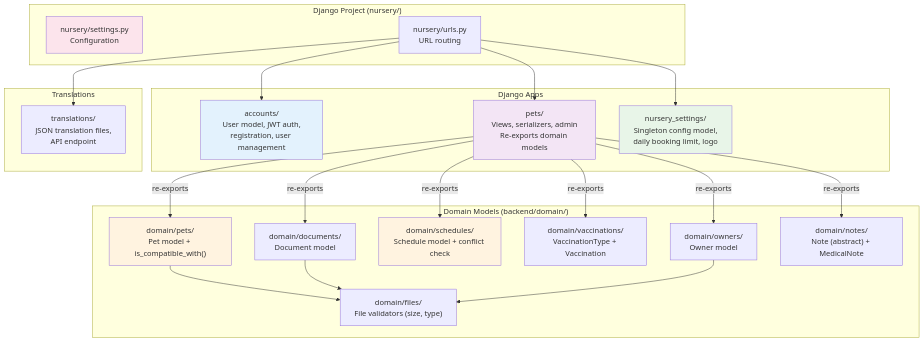
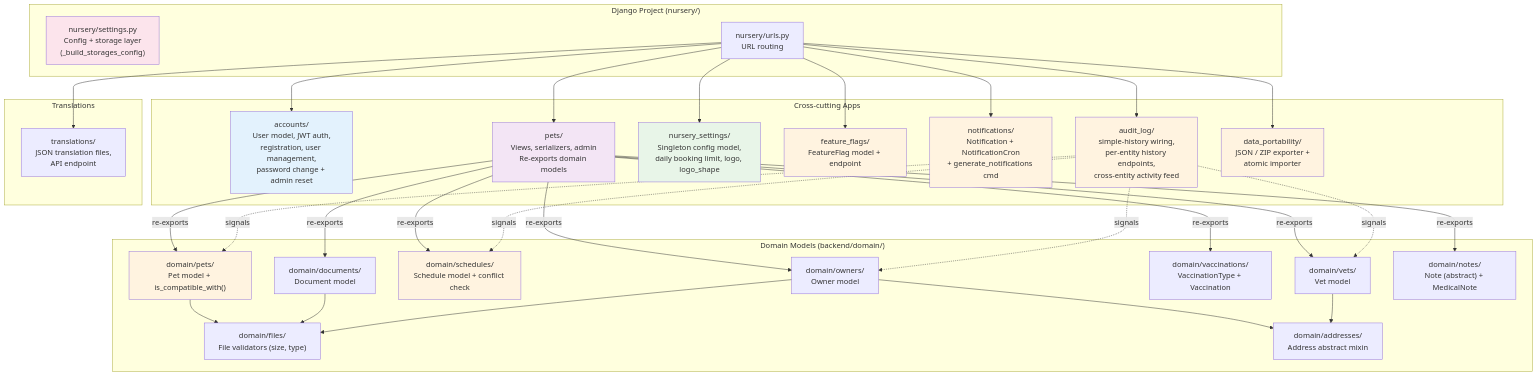
One commit to maxi3390/happydogs-calendar changed the third of 11 diagrams in docs/docs/architecture.md. Above: the diagram before and after it, drawn with Mermaid. The commit also changed other lines of this file and 6 other files, not shown here.

````diff
--- a/docs/docs/architecture.md
+++ b/docs/docs/architecture.md
@@ -135,41 +135,55 @@
 ```mermaid
 graph TB
     subgraph "Django Project (nursery/)"
-        Settings["nursery/settings.py<br/>Configuration"]
+        Settings["nursery/settings.py<br/>Config + storage layer<br/>(_build_storages_config)"]
         URLs["nursery/urls.py<br/>URL routing"]
     end
 
-    subgraph "Django Apps"
-        Accounts["accounts/<br/>User model, JWT auth,<br/>registration, user management"]
+    subgraph "Cross-cutting Apps"
+        Accounts["accounts/<br/>User model, JWT auth,<br/>registration, user management,<br/>password change + admin reset"]
         Pets["pets/<br/>Views, serializers, admin<br/>Re-exports domain models"]
-        NurserySettings["nursery_settings/<br/>Singleton config model,<br/>daily booking limit, logo"]
+        NurserySettings["nursery_settings/<br/>Singleton config model,<br/>daily booking limit, logo, logo_shape"]
+        FeatureFlags["feature_flags/<br/>FeatureFlag model + endpoint"]
+        Notifications["notifications/<br/>Notification + NotificationCron<br/>+ generate_notifications cmd"]
+        AuditLog["audit_log/<br/>simple-history wiring,<br/>per-entity history endpoints,<br/>cross-entity activity feed"]
+        DataPortability["data_portability/<br/>JSON / ZIP exporter +<br/>atomic importer"]
     end
 
     subgraph "Domain Models (backend/domain/)"
         DomainOwners["domain/owners/<br/>Owner model"]
         DomainPets["domain/pets/<br/>Pet model + is_compatible_with()"]
         DomainSchedules["domain/schedules/<br/>Schedule model + conflict check"]
+        DomainVets["domain/vets/<br/>Vet model"]
         DomainVaccinations["domain/vaccinations/<br/>VaccinationType + Vaccination"]
         DomainDocuments["domain/documents/<br/>Document model"]
         DomainNotes["domain/notes/<br/>Note (abstract) + MedicalNote"]
         DomainFiles["domain/files/<br/>File validators (size, type)"]
+        DomainAddresses["domain/addresses/<br/>Address abstract mixin"]
     end
 
     subgraph "Translations"
         TranslationsApp["translations/<br/>JSON translation files,<br/>API endpoint"]
     end
 
     URLs --> Accounts & Pets & NurserySettings & TranslationsApp
-    Pets -->|"re-exports"| DomainOwners & DomainPets & DomainSchedules
+    URLs --> FeatureFlags & Notifications & AuditLog & DataPortability
+    Pets -->|"re-exports"| DomainOwners & DomainPets & DomainSchedules & DomainVets
     Pets -->|"re-exports"| DomainVaccinations & DomainDocuments & DomainNotes
+    DomainOwners --> DomainAddresses
+    DomainVets --> DomainAddresses
     DomainPets --> DomainFiles
     DomainDocuments --> DomainFiles
     DomainOwners --> DomainFiles
+    AuditLog -.signals.-> DomainPets & DomainOwners & DomainSchedules & DomainVets
 
     style Settings fill:#fce4ec
     style Accounts fill:#e3f2fd
     style Pets fill:#f3e5f5
     style NurserySettings fill:#e8f5e8
+    style FeatureFlags fill:#fff3e0
+    style Notifications fill:#fff3e0
+    style AuditLog fill:#fff3e0
+    style DataPortability fill:#fff3e0
     style DomainPets fill:#fff3e0
     style DomainSchedules fill:#fff3e0
 ```
````
